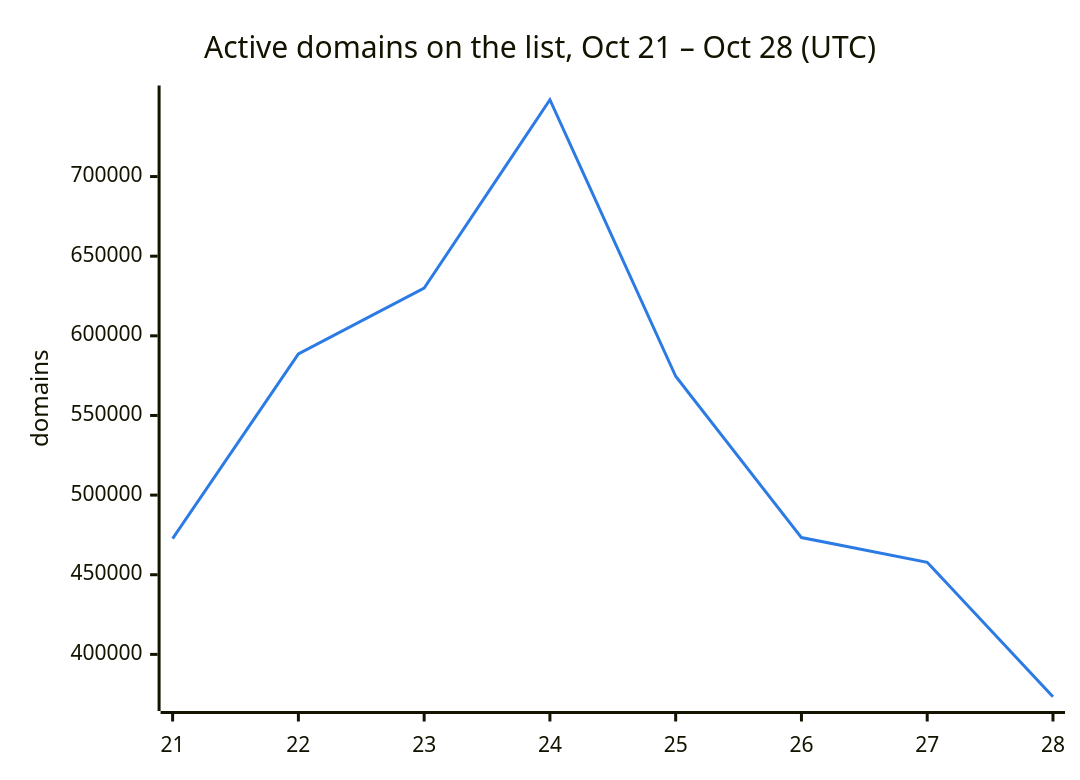
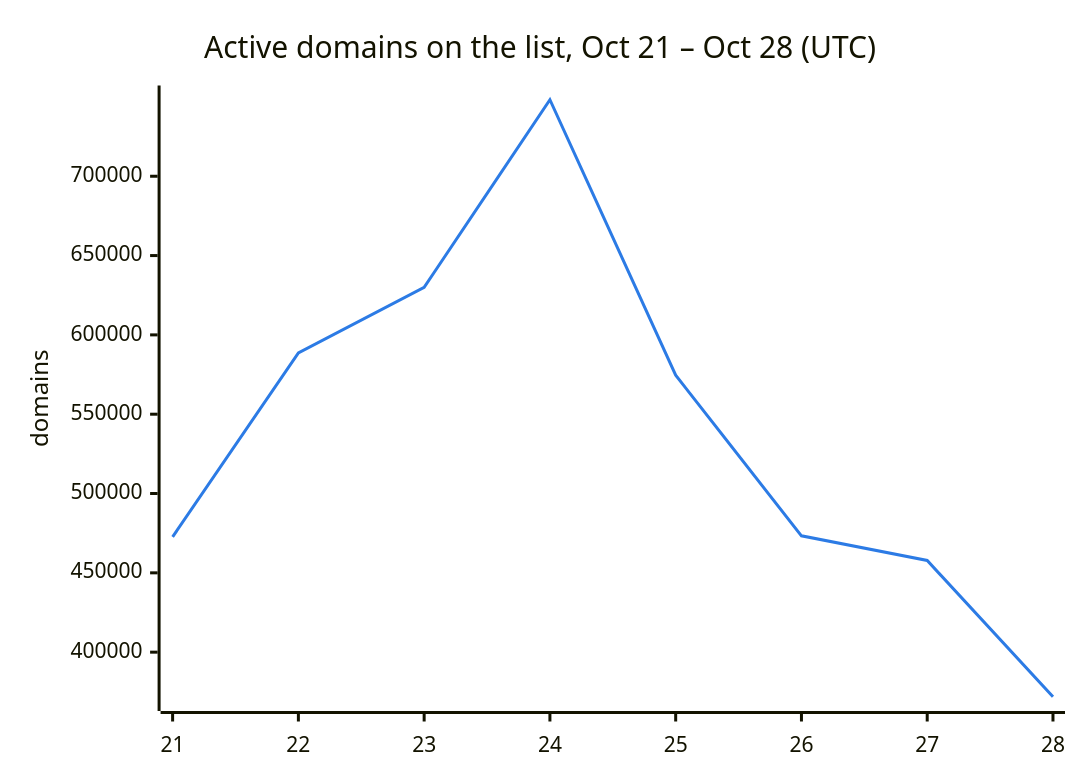
One commit to DNSBunker/CTI changed the second of 3 diagrams in README.md. Above: the diagram before and after it, drawn with Mermaid. The commit also changed other lines of this file and 3 other files, not shown here.

````diff
--- a/README.md
+++ b/README.md
@@ -38,8 +38,8 @@
 ```mermaid
 %%{init: {"themeVariables": {"xyChart": {"plotColorPalette": "#2c7be5"}}}}%%
 xychart-beta
     title "Active domains on the list, Oct 21 – Oct 28 (UTC)"
     x-axis ["21", "22", "23", "24", "25", "26", "27", "28"]
     y-axis "domains"
-    line [472713, 588659, 629951, 748222, 574614, 473331, 457795, 373398]
+    line [472713, 588659, 629951, 748222, 574614, 473331, 457795, 371894]
 ```
````
